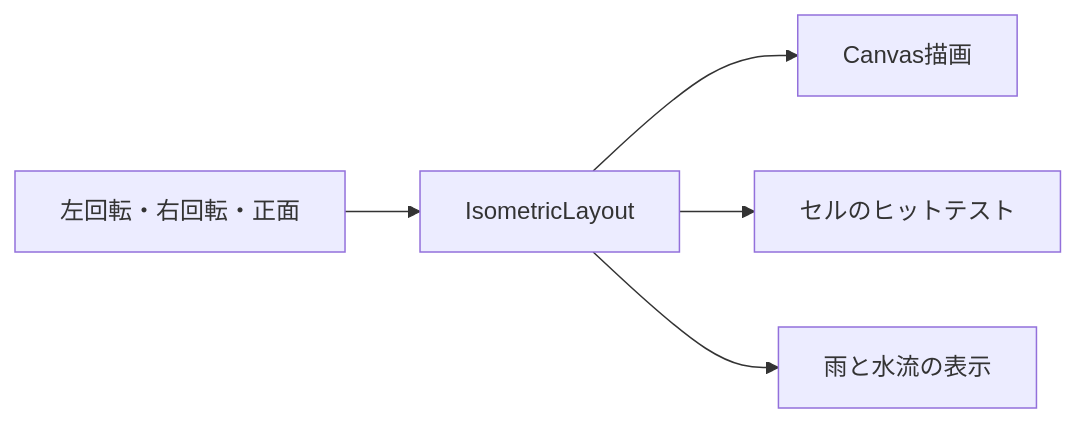
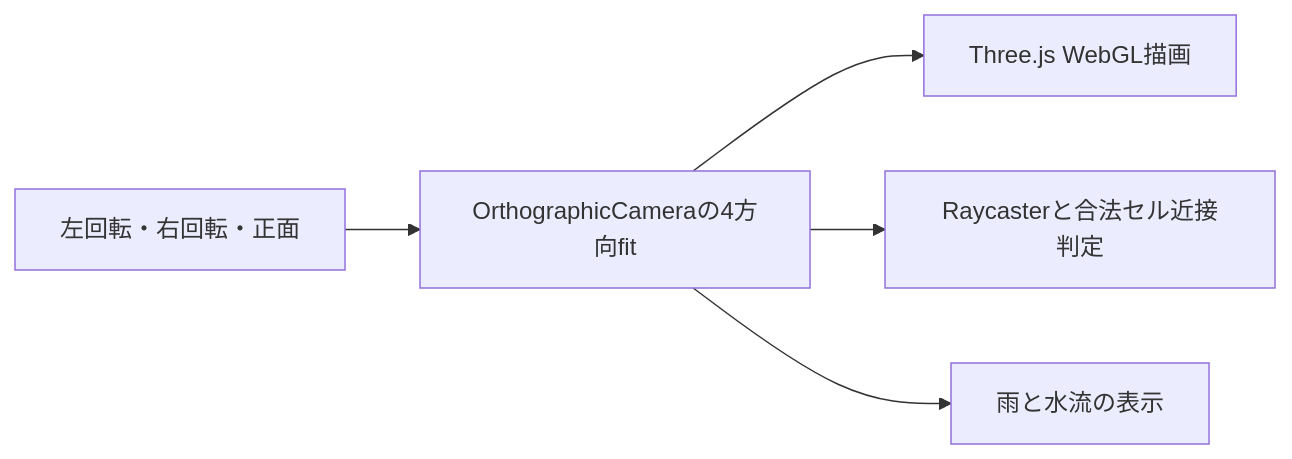
The third of 3 diagrams in docs/IMPLEMENTATION_STRUCTURE.md (chameleonjp-lab/nagashimasu), drawn with Mermaid before and after one commit. The commit also changed other lines of this file and 31 other files, not shown here.

````diff
--- a/docs/IMPLEMENTATION_STRUCTURE.md
+++ b/docs/IMPLEMENTATION_STRUCTURE.md
@@ -78,7 +78,7 @@
 ```mermaid
 flowchart LR
-  Camera[左回転・右回転・正面] --> Layout[IsometricLayout]
-  Layout --> Draw[Canvas描画]
-  Layout --> Hit[セルのヒットテスト]
-  Layout --> Flow[雨と水流の表示]
+  Camera[左回転・右回転・正面] --> Fit[OrthographicCameraの4方向fit]
+  Fit --> Draw[Three.js WebGL描画]
+  Fit --> Hit[Raycasterと合法セル近接判定]
+  Fit --> Flow[雨と水流の表示]
 ```
````
